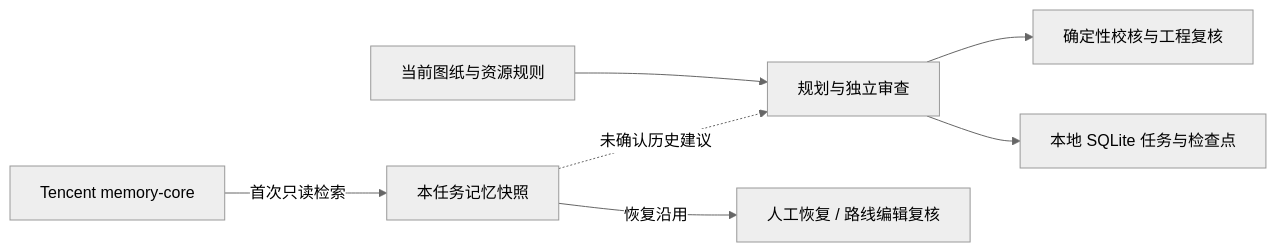
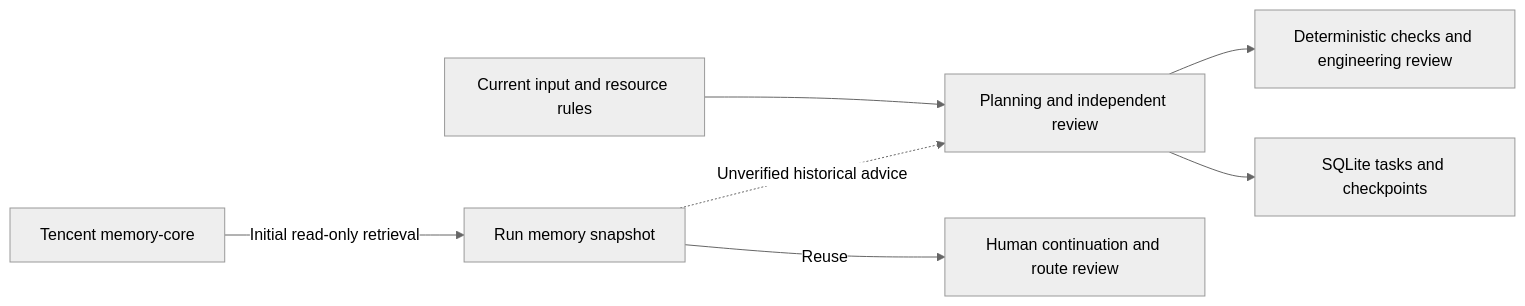
Before and after one commit to Taxueovo/Shaft-Machining-Planner: the diagram in research/tencentdb-agent-memory-integration.md, drawn with Mermaid (neutral theme). The commit also changed other lines of this file and 12 other files, not shown here.

````diff
--- a/research/tencentdb-agent-memory-integration.md
+++ b/research/tencentdb-agent-memory-integration.md
@@ -11,9 +9,9 @@
 ```mermaid
 flowchart LR
-  I[当前图纸与资源规则] --> P[规划与独立审查]
-  M[Tencent memory-core] -->|首次只读检索| S[本任务记忆快照]
-  S -.未确认历史建议.-> P
-  P --> V[确定性校核与工程复核]
-  P --> J[本地 SQLite 任务与检查点]
-  S -->|恢复沿用| R[人工恢复 / 路线编辑复核]
+  I[Current input and resource rules] --> P[Planning and independent review]
+  M[Tencent memory-core] -->|Initial read-only retrieval| S[Run memory snapshot]
+  S -.Unverified historical advice.-> P
+  P --> V[Deterministic checks and engineering review]
+  P --> J[SQLite tasks and checkpoints]
+  S -->|Reuse| R[Human continuation and route review]
 ```
````
